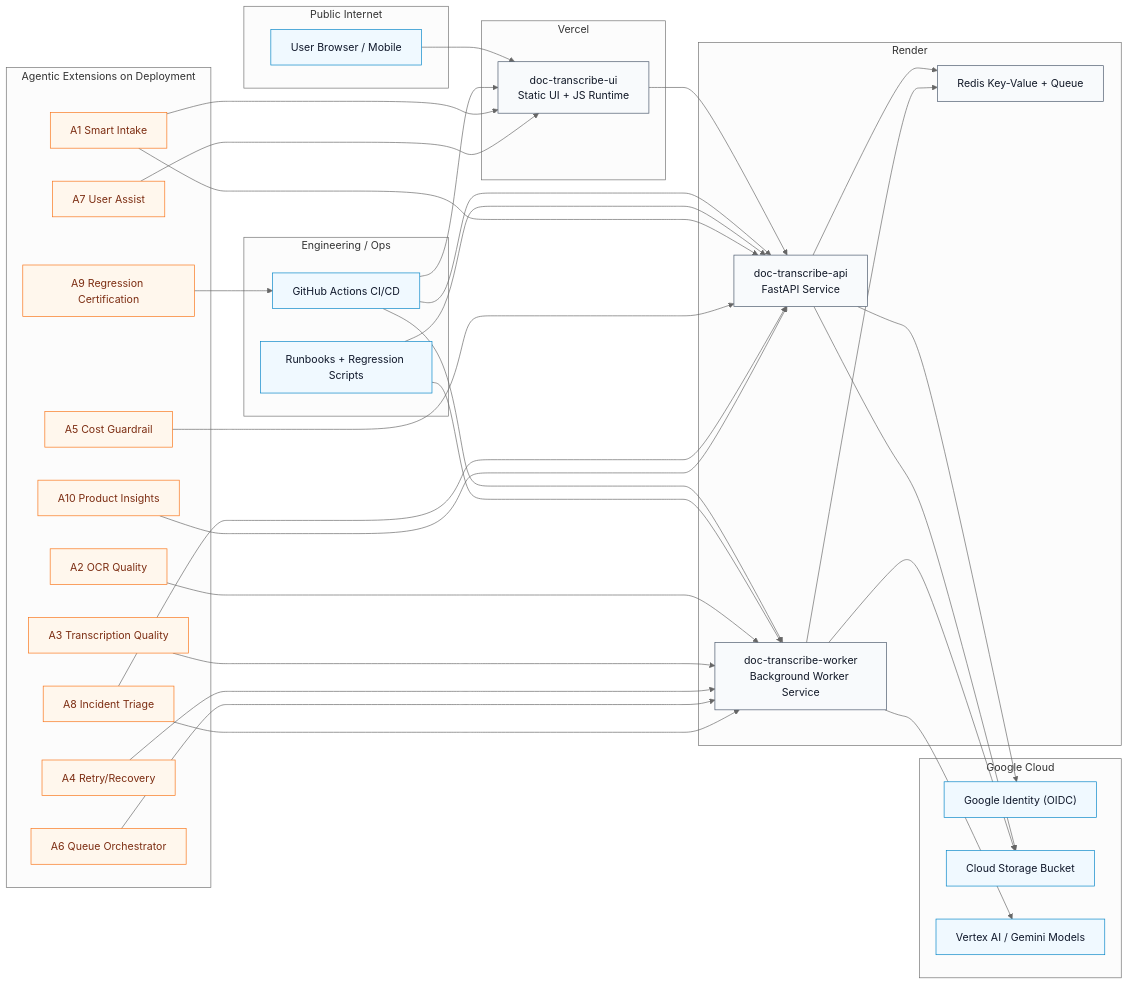
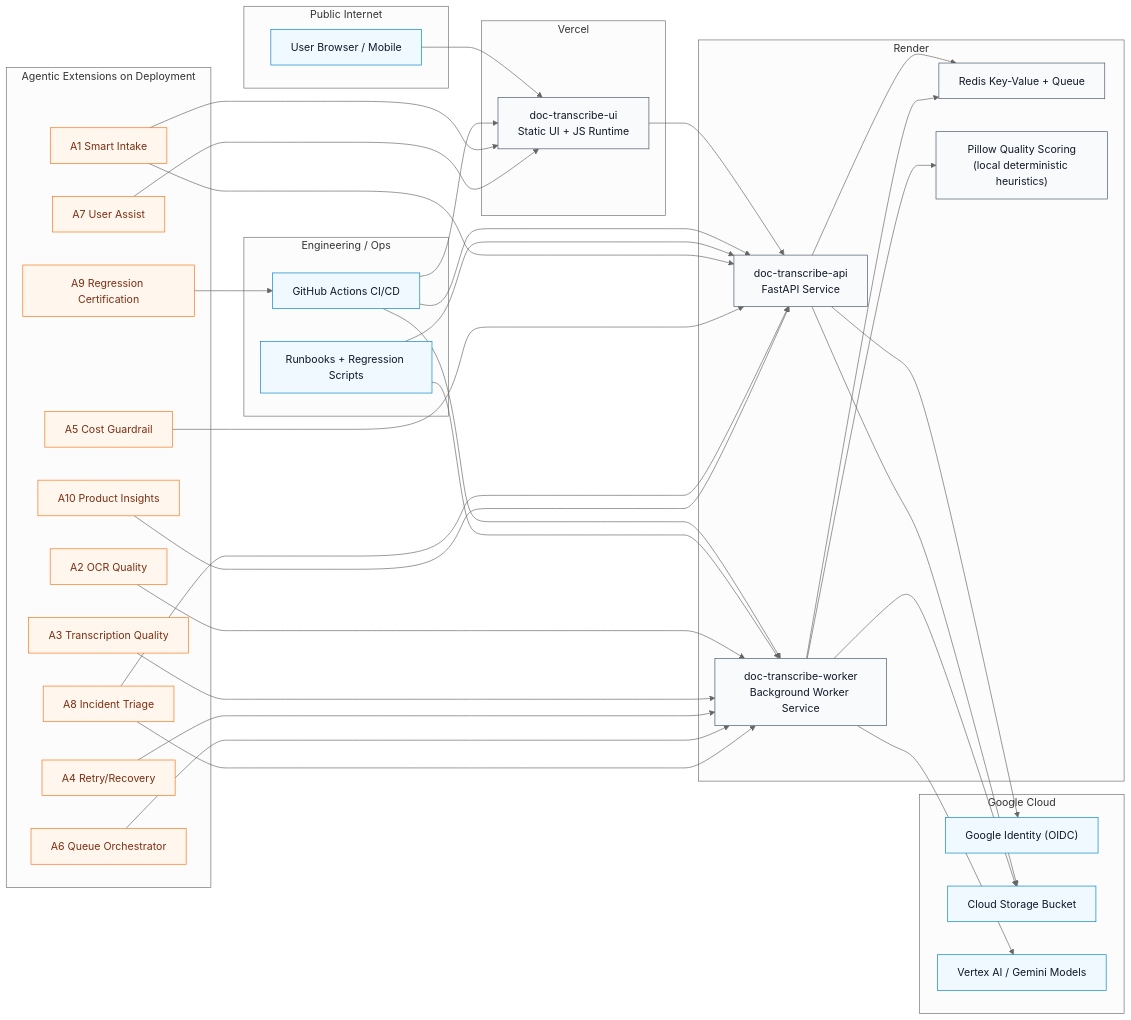
The second of 3 diagrams in LINKEDIN_ARTICLE_DRAFT.md (arpit-jain-mygit/doc-transcribe-ui), drawn with Mermaid (neutral theme) before and after one commit. The commit also changed other lines of this file and 11 other files, not shown here.

````diff
--- a/LINKEDIN_ARTICLE_DRAFT.md
+++ b/LINKEDIN_ARTICLE_DRAFT.md
@@ -115,71 +117,73 @@
 ```mermaid
 flowchart LR
   classDef cloud fill:#f0f9ff,stroke:#0284c7,color:#0f172a,stroke-width:1px;
   classDef app fill:#f8fafc,stroke:#475569,color:#111827,stroke-width:1px;
   classDef agent fill:#fff7ed,stroke:#f97316,color:#7c2d12,stroke-width:1px;
 
   subgraph INTERNET["Public Internet"]
     USER["User Browser / Mobile"]:::cloud
   end
 
   subgraph VERCEL["Vercel"]
     UIAPP["doc-transcribe-ui\nStatic UI + JS Runtime"]:::app
   end
 
   subgraph RENDER["Render"]
     APIAPP["doc-transcribe-api\nFastAPI Service"]:::app
     REDIS["Redis Key-Value + Queue"]:::app
     WORKER["doc-transcribe-worker\nBackground Worker Service"]:::app
+    PILLSCORE["Pillow Quality Scoring\n(local deterministic heuristics)"]:::app
   end
 
   subgraph GCP["Google Cloud"]
     GOOGLEAUTH["Google Identity (OIDC)"]:::cloud
     GCSSVC["Cloud Storage Bucket"]:::cloud
     VERTEX["Vertex AI / Gemini Models"]:::cloud
   end
 
   subgraph OPS["Engineering / Ops"]
     GHCI["GitHub Actions CI/CD"]:::cloud
     RUNBOOK["Runbooks + Regression Scripts"]:::cloud
   end
 
   USER --> UIAPP
   UIAPP --> APIAPP
   APIAPP --> GOOGLEAUTH
   APIAPP --> REDIS
   WORKER --> REDIS
   APIAPP --> GCSSVC
   WORKER --> GCSSVC
   WORKER --> VERTEX
+  WORKER --> PILLSCORE
   GHCI --> UIAPP
   GHCI --> APIAPP
   GHCI --> WORKER
   RUNBOOK --> APIAPP
   RUNBOOK --> WORKER
 
   subgraph AGDEP["Agentic Extensions on Deployment"]
     SA["A1 Smart Intake"]:::agent
     OQ["A2 OCR Quality"]:::agent
     TQ["A3 Transcription Quality"]:::agent
     RR["A4 Retry/Recovery"]:::agent
     CG["A5 Cost Guardrail"]:::agent
     QO["A6 Queue Orchestrator"]:::agent
     UA["A7 User Assist"]:::agent
     IT["A8 Incident Triage"]:::agent
     RC["A9 Regression Certification"]:::agent
     PI["A10 Product Insights"]:::agent
   end
 
   SA --> UIAPP
   SA --> APIAPP
   OQ --> WORKER
   TQ --> WORKER
   RR --> WORKER
   CG --> APIAPP
   QO --> WORKER
   UA --> UIAPP
   IT --> APIAPP
   IT --> WORKER
   RC --> GHCI
   PI --> APIAPP
 ```
````
